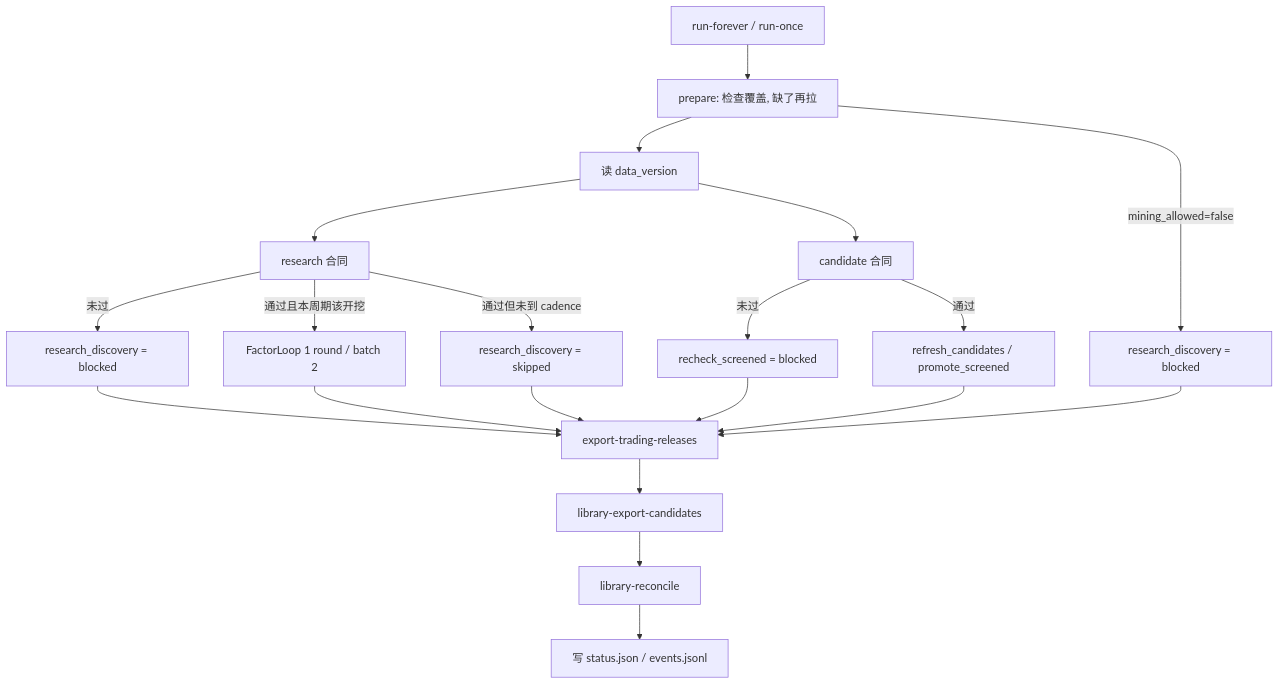
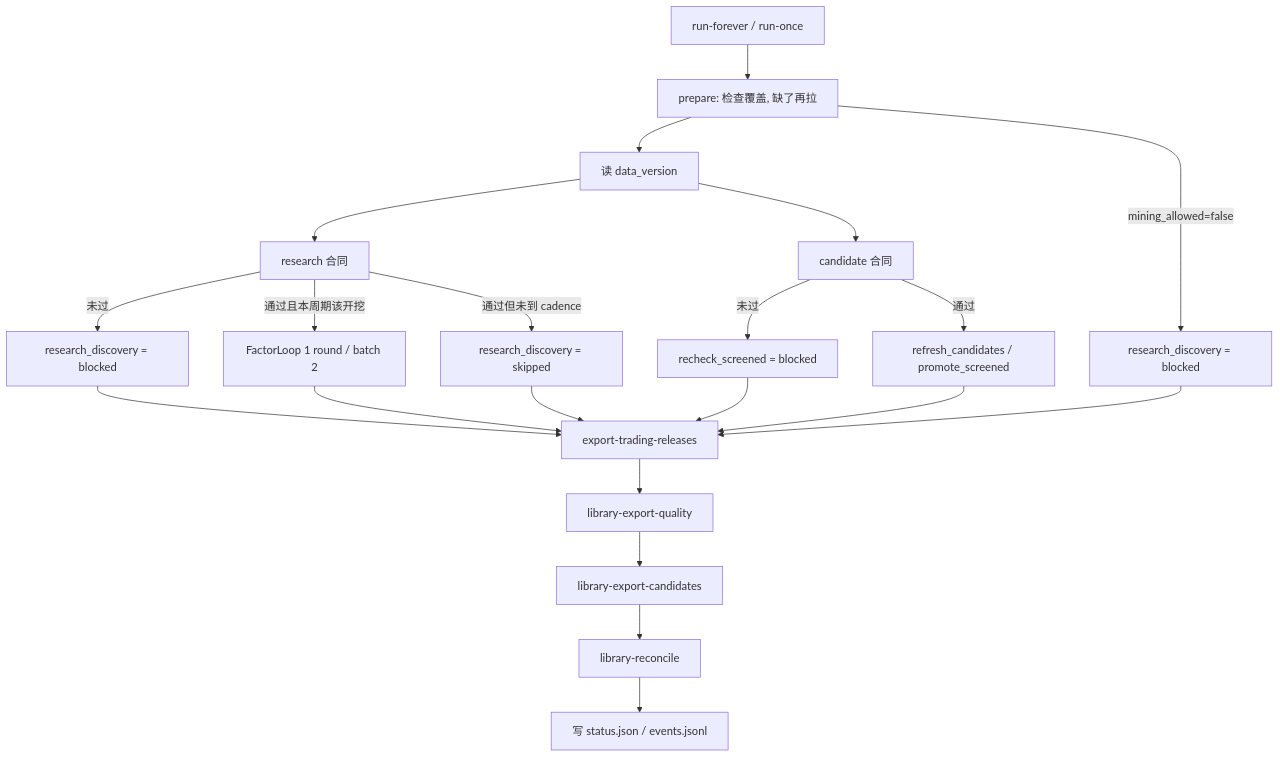
Before and after one commit to CnOxx1/EvoQuantFactor: the fifth of 5 diagrams in docs/factor_production_flow.md, drawn with Mermaid. The commit also changed other lines of this file and 13 other files, not shown here.

First line of the commit message:
Export a PIT quality library as the mining deliverable.

````diff
--- a/docs/factor_production_flow.md
+++ b/docs/factor_production_flow.md
@@ -122,22 +123,23 @@
 ```mermaid
 flowchart TD
     A["run-forever / run-once"] --> P[prepare: 检查覆盖, 缺了再拉]
     P --> B[读 data_version]
     B --> C[research 合同]
     B --> D[candidate 合同]
     P -->|mining_allowed=false| E0[research_discovery = blocked]
     C -->|未过| E[research_discovery = blocked]
     C -->|通过且本周期该开挖| F[FactorLoop 1 round / batch 2]
     C -->|通过但未到 cadence| G[research_discovery = skipped]
     D -->|未过| H[recheck_screened = blocked]
     D -->|通过| I[refresh_candidates / promote_screened]
     F --> J[export-trading-releases]
     E0 --> J
     E --> J
     G --> J
     H --> J
     I --> J
-    J --> K[library-export-candidates]
+    J --> Q[library-export-quality]
+    Q --> K[library-export-candidates]
     K --> L[library-reconcile]
     L --> M[写 status.json / events.jsonl]
 ```
````
